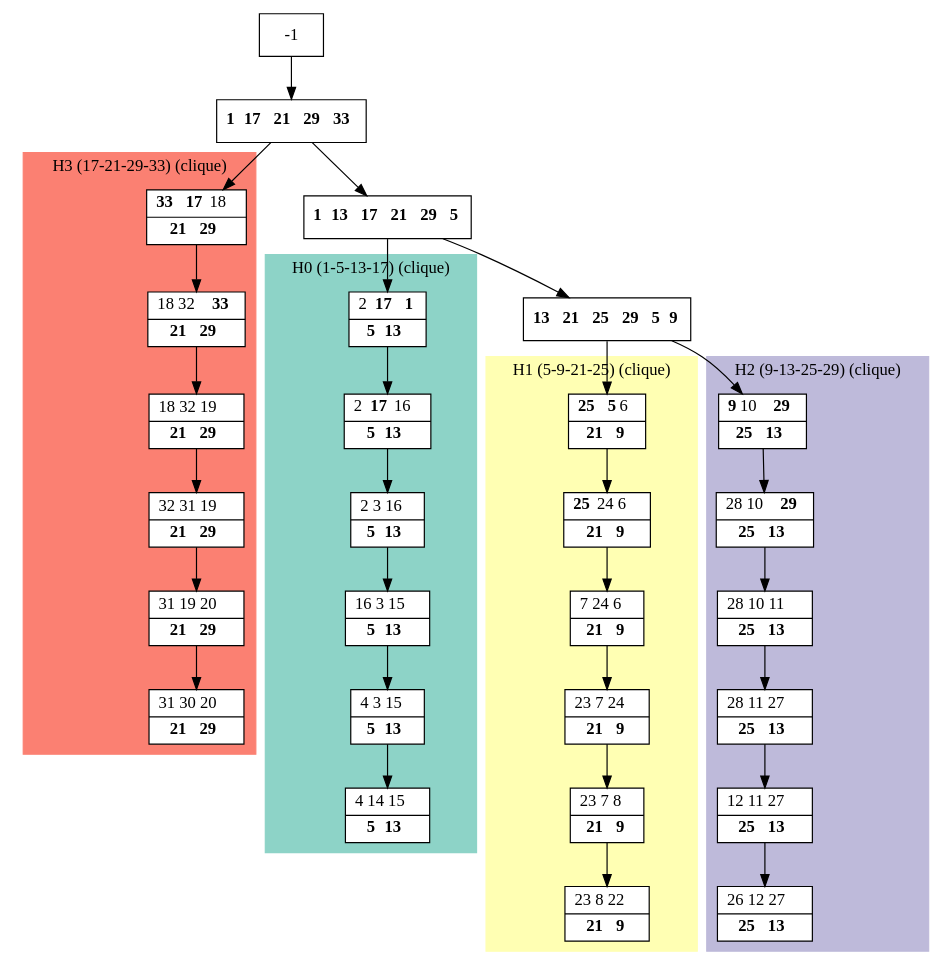
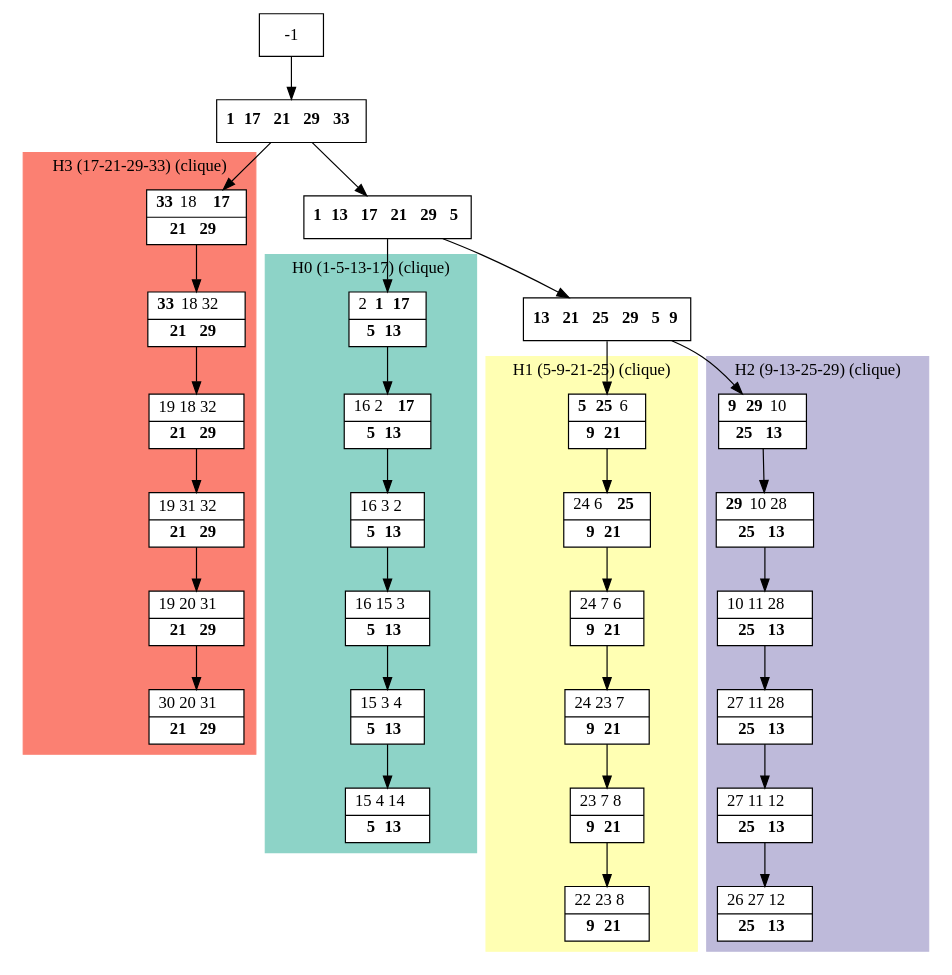
Before and after one commit to bmarchand/auto-dp: the diagram in results/dot_files/processed_M.dot, drawn with Graphviz. The commit also changed 112 other files, not shown here.

```diff
--- a/results/dot_files/processed_M.dot
+++ b/results/dot_files/processed_M.dot
@@ -1,69 +1,69 @@
 digraph G {
     node [shape=box];
     subgraph cluster0 {
         node [style=filled,fillcolor=white];
         labeljust="l";
         style=filled;
         color="#8DD3C7";
         H0_0 -> H0_1 -> H0_2 -> H0_3 -> H0_4 -> H0_5;
         label="H0 (1-5-13-17) (clique)";
     }
     subgraph cluster1 {
         node [style=filled,fillcolor=white];
         labeljust="l";
         style=filled;
         color="#FFFFB3";
         H1_0 -> H1_1 -> H1_2 -> H1_3 -> H1_4 -> H1_5;
         label="H1 (5-9-21-25) (clique)";
     }
     subgraph cluster2 {
         node [style=filled,fillcolor=white];
         labeljust="l";
         style=filled;
         color="#BEBADA";
         H2_0 -> H2_1 -> H2_2 -> H2_3 -> H2_4 -> H2_5;
         label="H2 (9-13-25-29) (clique)";
     }
     subgraph cluster3 {
         node [style=filled,fillcolor=white];
         labeljust="l";
         style=filled;
         color="#FB8072";
         H3_0 -> H3_1 -> H3_2 -> H3_3 -> H3_4 -> H3_5;
         label="H3 (17-21-29-33) (clique)";
     }
      1 [shape=record,label= <{ <b>1</b> <b>17</b> <b>21</b> <b>29</b> <b>33</b>}> ];
      -1  ->  1;
-     H3_0 [shape=record,label= <{ <b>33</b> <b>17</b> 18|  <b>21</b> <b>29</b>}> ];
+     H3_0 [shape=record,label= <{ <b>33</b> 18 <b>17</b>|  <b>21</b> <b>29</b>}> ];
      1  ->  H3_0;
-     H3_1 [shape=record,label= <{ 18 32 <b>33</b>|  <b>21</b> <b>29</b>}> ];
-     H3_2 [shape=record,label= <{ 18 32 19|  <b>21</b> <b>29</b>}> ];
-     H3_3 [shape=record,label= <{ 32 31 19|  <b>21</b> <b>29</b>}> ];
-     H3_4 [shape=record,label= <{ 31 19 20|  <b>21</b> <b>29</b>}> ];
-     H3_5 [shape=record,label= <{ 31 30 20|  <b>21</b> <b>29</b>}> ];
+     H3_1 [shape=record,label= <{ <b>33</b> 18 32|  <b>21</b> <b>29</b>}> ];
+     H3_2 [shape=record,label= <{ 19 18 32|  <b>21</b> <b>29</b>}> ];
+     H3_3 [shape=record,label= <{ 19 31 32|  <b>21</b> <b>29</b>}> ];
+     H3_4 [shape=record,label= <{ 19 20 31|  <b>21</b> <b>29</b>}> ];
+     H3_5 [shape=record,label= <{ 30 20 31|  <b>21</b> <b>29</b>}> ];
      3 [shape=record,label= <{ <b>1</b> <b>13</b> <b>17</b> <b>21</b> <b>29</b> <b>5</b>}> ];
      1  ->  3;
      6 [shape=record,label= <{ <b>13</b> <b>21</b> <b>25</b> <b>29</b> <b>5</b> <b>9</b>}> ];
      3  ->  6;
-     H1_0 [shape=record,label= <{ <b>25</b> <b>5</b> 6|  <b>21</b> <b>9</b>}> ];
+     H1_0 [shape=record,label= <{ <b>5</b> <b>25</b> 6|  <b>9</b> <b>21</b>}> ];
      6  ->  H1_0;
-     H1_1 [shape=record,label= <{ <b>25</b> 24 6|  <b>21</b> <b>9</b>}> ];
-     H1_2 [shape=record,label= <{ 7 24 6|  <b>21</b> <b>9</b>}> ];
-     H1_3 [shape=record,label= <{ 23 7 24|  <b>21</b> <b>9</b>}> ];
-     H1_4 [shape=record,label= <{ 23 7 8|  <b>21</b> <b>9</b>}> ];
-     H1_5 [shape=record,label= <{ 23 8 22|  <b>21</b> <b>9</b>}> ];
-     H2_0 [shape=record,label= <{ <b>9</b> 10 <b>29</b>|  <b>25</b> <b>13</b>}> ];
+     H1_1 [shape=record,label= <{ 24 6 <b>25</b>|  <b>9</b> <b>21</b>}> ];
+     H1_2 [shape=record,label= <{ 24 7 6|  <b>9</b> <b>21</b>}> ];
+     H1_3 [shape=record,label= <{ 24 23 7|  <b>9</b> <b>21</b>}> ];
+     H1_4 [shape=record,label= <{ 23 7 8|  <b>9</b> <b>21</b>}> ];
+     H1_5 [shape=record,label= <{ 22 23 8|  <b>9</b> <b>21</b>}> ];
+     H2_0 [shape=record,label= <{ <b>9</b> <b>29</b> 10|  <b>25</b> <b>13</b>}> ];
      6  ->  H2_0;
-     H2_1 [shape=record,label= <{ 28 10 <b>29</b>|  <b>25</b> <b>13</b>}> ];
-     H2_2 [shape=record,label= <{ 28 10 11|  <b>25</b> <b>13</b>}> ];
-     H2_3 [shape=record,label= <{ 28 11 27|  <b>25</b> <b>13</b>}> ];
-     H2_4 [shape=record,label= <{ 12 11 27|  <b>25</b> <b>13</b>}> ];
-     H2_5 [shape=record,label= <{ 26 12 27|  <b>25</b> <b>13</b>}> ];
-     H0_0 [shape=record,label= <{ 2 <b>17</b> <b>1</b>|  <b>5</b> <b>13</b>}> ];
+     H2_1 [shape=record,label= <{ <b>29</b> 10 28|  <b>25</b> <b>13</b>}> ];
+     H2_2 [shape=record,label= <{ 10 11 28|  <b>25</b> <b>13</b>}> ];
+     H2_3 [shape=record,label= <{ 27 11 28|  <b>25</b> <b>13</b>}> ];
+     H2_4 [shape=record,label= <{ 27 11 12|  <b>25</b> <b>13</b>}> ];
+     H2_5 [shape=record,label= <{ 26 27 12|  <b>25</b> <b>13</b>}> ];
+     H0_0 [shape=record,label= <{ 2 <b>1</b> <b>17</b>|  <b>5</b> <b>13</b>}> ];
      3  ->  H0_0;
-     H0_1 [shape=record,label= <{ 2 <b>17</b> 16|  <b>5</b> <b>13</b>}> ];
-     H0_2 [shape=record,label= <{ 2 3 16|  <b>5</b> <b>13</b>}> ];
-     H0_3 [shape=record,label= <{ 16 3 15|  <b>5</b> <b>13</b>}> ];
-     H0_4 [shape=record,label= <{ 4 3 15|  <b>5</b> <b>13</b>}> ];
-     H0_5 [shape=record,label= <{ 4 14 15|  <b>5</b> <b>13</b>}> ];
+     H0_1 [shape=record,label= <{ 16 2 <b>17</b>|  <b>5</b> <b>13</b>}> ];
+     H0_2 [shape=record,label= <{ 16 3 2|  <b>5</b> <b>13</b>}> ];
+     H0_3 [shape=record,label= <{ 16 15 3|  <b>5</b> <b>13</b>}> ];
+     H0_4 [shape=record,label= <{ 15 3 4|  <b>5</b> <b>13</b>}> ];
+     H0_5 [shape=record,label= <{ 15 4 14|  <b>5</b> <b>13</b>}> ];
 }
```
